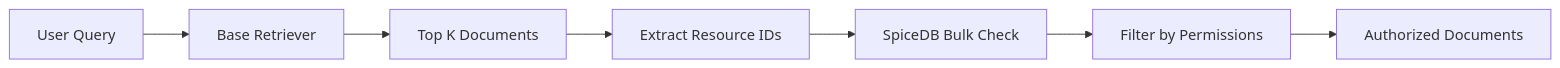
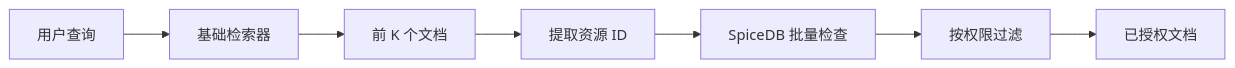
One commit to kunfan96/cndocs-langchain changed the diagram in oss/python/integrations/retrievers/spicedb.mdx. Above: the diagram before and after it, drawn with Mermaid. The commit also changed other lines of this file and 1030 other files, not shown here.

````diff
--- a/oss/python/integrations/retrievers/spicedb.mdx
+++ b/oss/python/integrations/retrievers/spicedb.mdx
@@ -247,9 +246,9 @@
 ```mermaid
 graph LR
-    A[User Query] --> B[Base Retriever]
-    B --> C[Top K Documents]
-    C --> D[Extract Resource IDs]
-    D --> E[SpiceDB Bulk Check]
-    E --> F[Filter by Permissions]
-    F --> G[Authorized Documents]
+    A[用户查询] --> B[基础检索器]
+    B --> C[前 K 个文档]
+    C --> D[提取资源 ID]
+    D --> E[SpiceDB 批量检查]
+    E --> F[按权限过滤]
+    F --> G[已授权文档]
 ```
````
